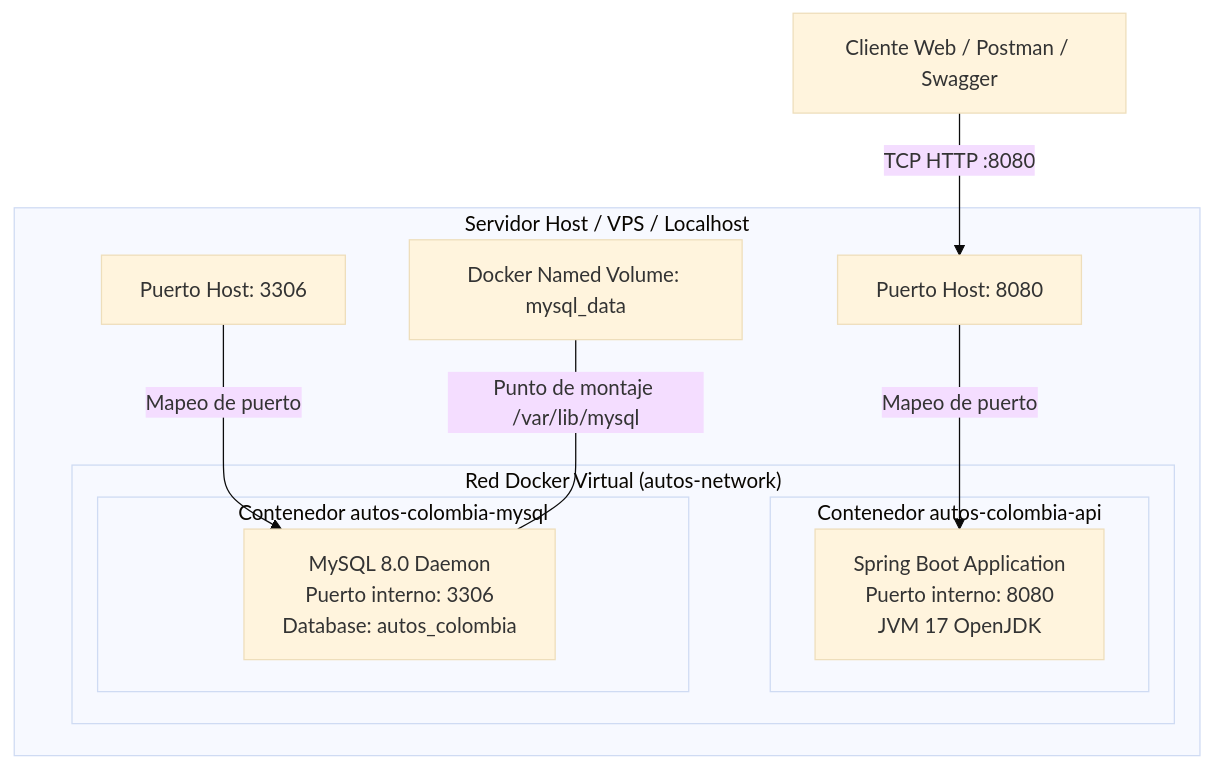
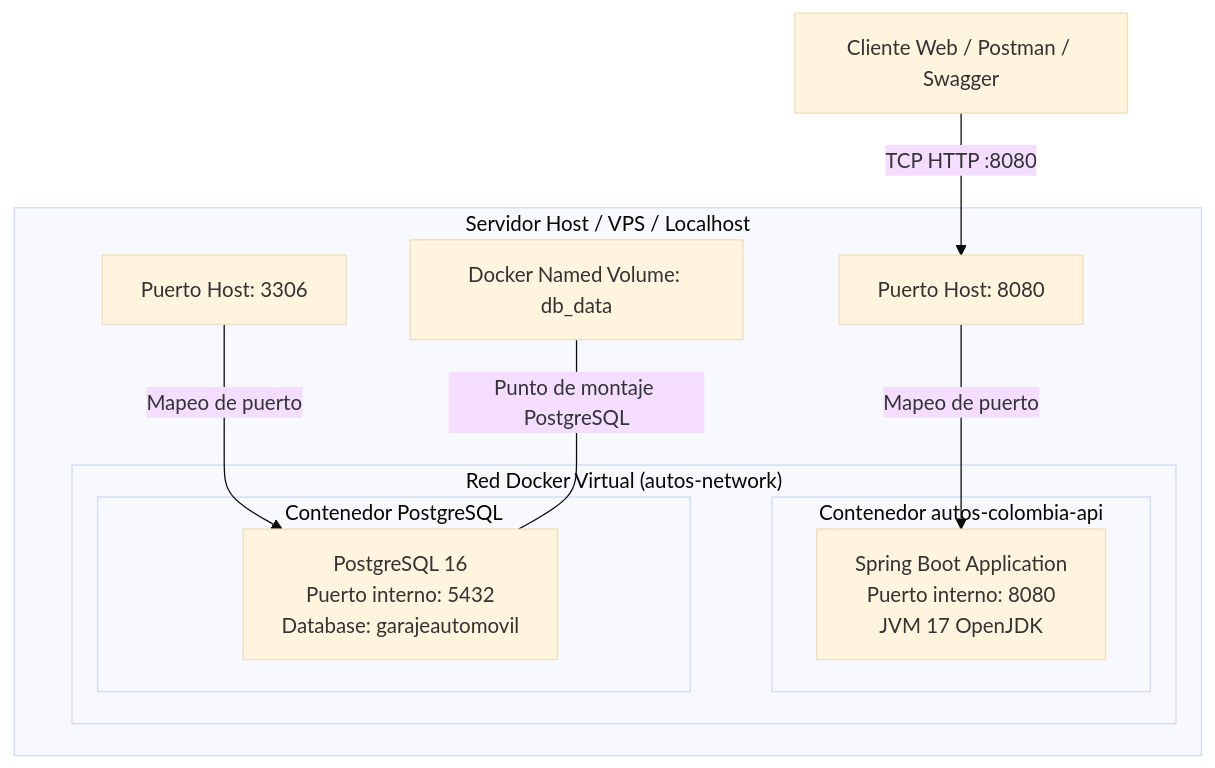
The fourth of 4 diagrams in docs/01_ARQUITECTURA_DEL_SISTEMA.md (brayandurango-lgtm/Ingenieria-1-disenio-del-sistema), drawn with Mermaid (base theme) before and after one commit. The commit also changed other lines of this file and 24 other files, not shown here.

````diff
--- a/docs/01_ARQUITECTURA_DEL_SISTEMA.md
+++ b/docs/01_ARQUITECTURA_DEL_SISTEMA.md
@@ -256,21 +252,21 @@
 ```mermaid
 graph TD
     subgraph HostServer ["Servidor Host / VPS / Localhost"]
         subgraph DockerBridge ["Red Docker Virtual (autos-network)"]
             subgraph AppContainer ["Contenedor autos-colombia-api"]
                 AppProcess["Spring Boot Application<br/>Puerto interno: 8080<br/>JVM 17 OpenJDK"]
             end
             
-            subgraph DBContainer ["Contenedor autos-colombia-mysql"]
-                DBProcess["MySQL 8.0 Daemon<br/>Puerto interno: 3306<br/>Database: autos_colombia"]
+            subgraph DBContainer ["Contenedor PostgreSQL"]
+                DBProcess["PostgreSQL 16<br/>Puerto interno: 5432<br/>Database: garajeautomovil"]
             end
         end
 
         HostPort8080["Puerto Host: 8080"] -->|Mapeo de puerto| AppProcess
         HostPort3306["Puerto Host: 3306"] -->|Mapeo de puerto| DBProcess
         
-        DockerVolume["Docker Named Volume: mysql_data"] ---|Punto de montaje /var/lib/mysql| DBProcess
+        DockerVolume["Docker Named Volume: db_data"] ---|Punto de montaje PostgreSQL| DBProcess
     end
 
     ExternalClient["Cliente Web / Postman / Swagger"] -->|TCP HTTP :8080| HostPort8080
 ```
````
